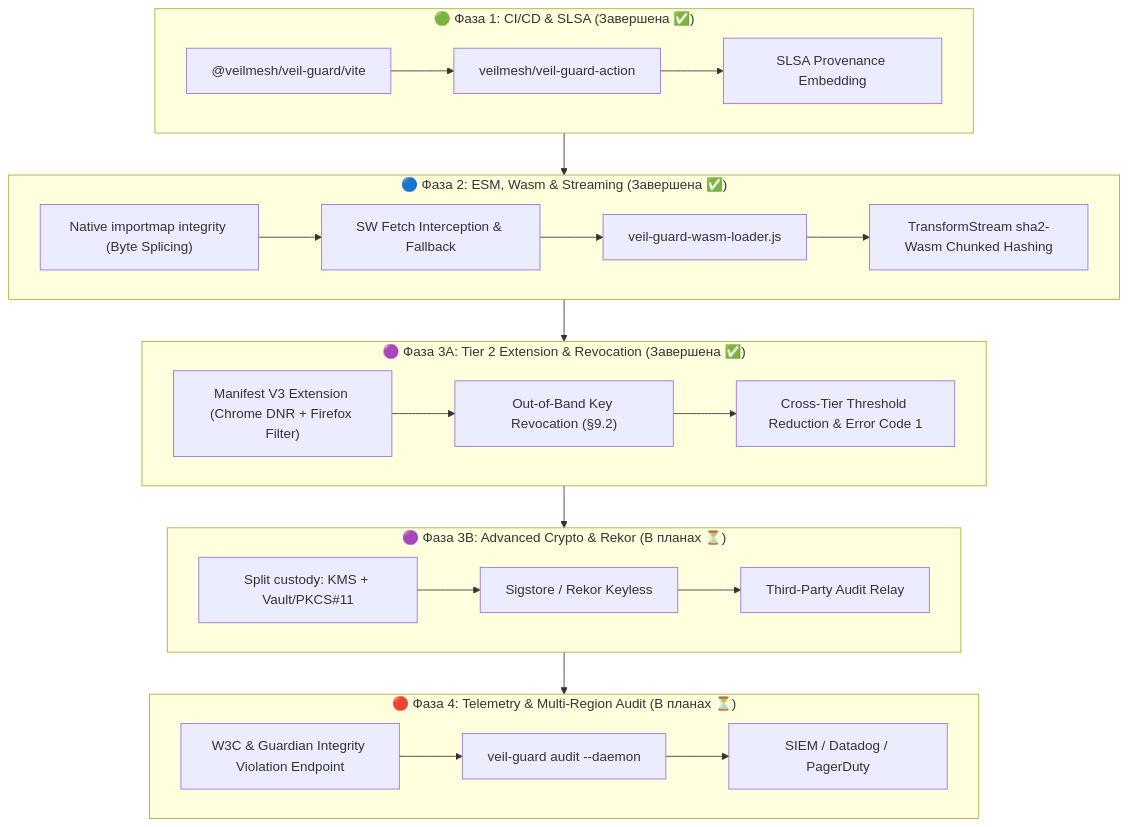
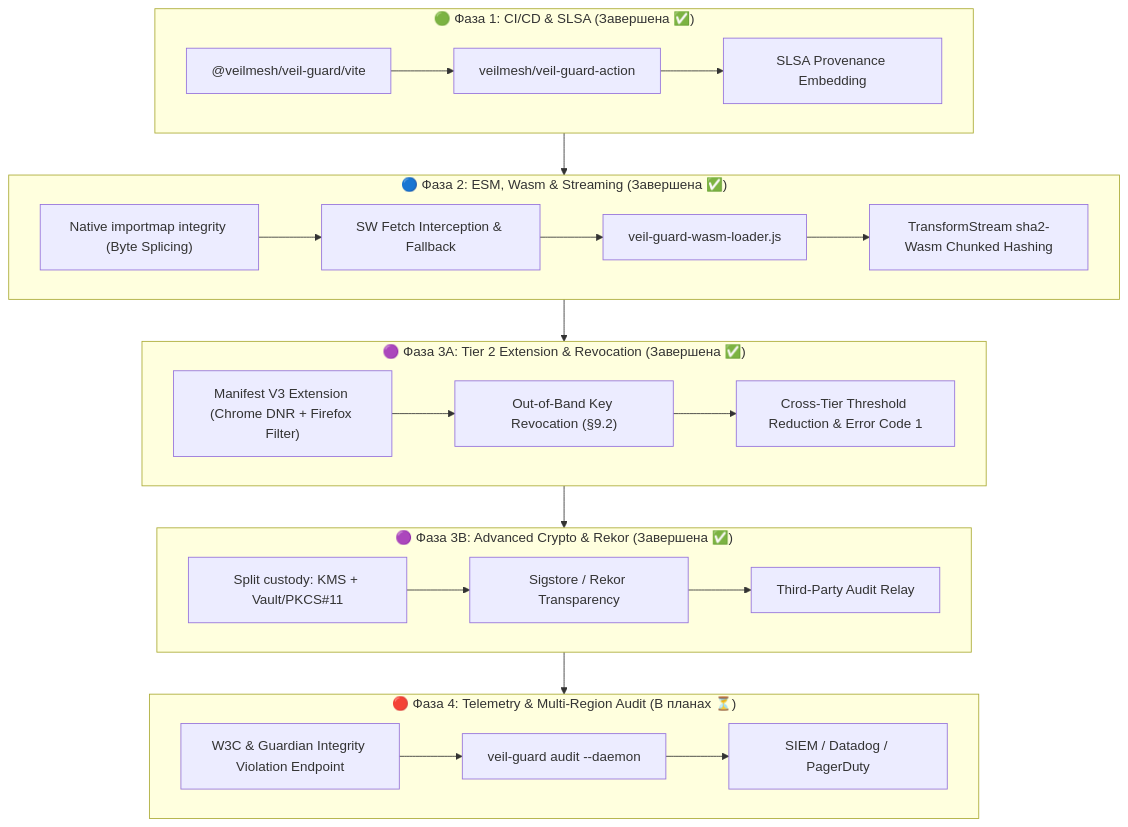
The diagram in ROADMAP.md (veilmesh/veil-guard), drawn with Mermaid before and after one commit. The commit also changed other lines of this file and 12 other files, not shown here.

Commit message:
3B: Advanced Crypto Infrastructure & Keyless Transparency

````diff
--- a/ROADMAP.md
+++ b/ROADMAP.md
@@ -19,30 +19,31 @@
 ```mermaid
 flowchart TD
     subgraph Phase1["🟢 Фаза 1: CI/CD & SLSA (Завершена ✅)"]
         P1_1["@veilmesh/veil-guard/vite"] --> P1_3["veilmesh/veil-guard-action"]
         P1_3 --> P1_4["SLSA Provenance Embedding"]
     end
 
     subgraph Phase2["🔵 Фаза 2: ESM, Wasm & Streaming (Завершена ✅)"]
         P2_1["Native importmap integrity (Byte Splicing)"] --> P2_2["SW Fetch Interception & Fallback"]
         P2_2 --> P2_3["veil-guard-wasm-loader.js"]
         P2_3 --> P2_4["TransformStream sha2-Wasm Chunked Hashing"]
     end
 
     subgraph Phase3A["🟣 Фаза 3A: Tier 2 Extension & Revocation (Завершена ✅)"]
         P3A_1["Manifest V3 Extension (Chrome DNR + Firefox Filter)"] --> P3A_2["Out-of-Band Key Revocation (§9.2)"]
         P3A_2 --> P3A_3["Cross-Tier Threshold Reduction & Error Code 1"]
     end
 
-    subgraph Phase3B["🟣 Фаза 3B: Advanced Crypto & Rekor (В планах ⏳)"]
-        P3B_1["Split custody: KMS + Vault/PKCS#11"] --> P3B_2["Sigstore / Rekor Keyless"]
+    subgraph Phase3B["🟣 Фаза 3B: Advanced Crypto & Rekor (Завершена ✅)"]
+        P3B_1["Split custody: KMS + Vault/PKCS#11"] --> P3B_2["Sigstore / Rekor Transparency"]
         P3B_2 --> P3B_3["Third-Party Audit Relay"]
     end
+
 
     subgraph Phase4["🔴 Фаза 4: Telemetry & Multi-Region Audit (В планах ⏳)"]
         P4_1["W3C & Guardian Integrity Violation Endpoint"] --> P4_2["veil-guard audit --daemon"]
         P4_2 --> P4_3["SIEM / Datadog / PagerDuty"]
     end
 
     Phase1 --> Phase2 --> Phase3A --> Phase3B --> Phase4
 ```
````
